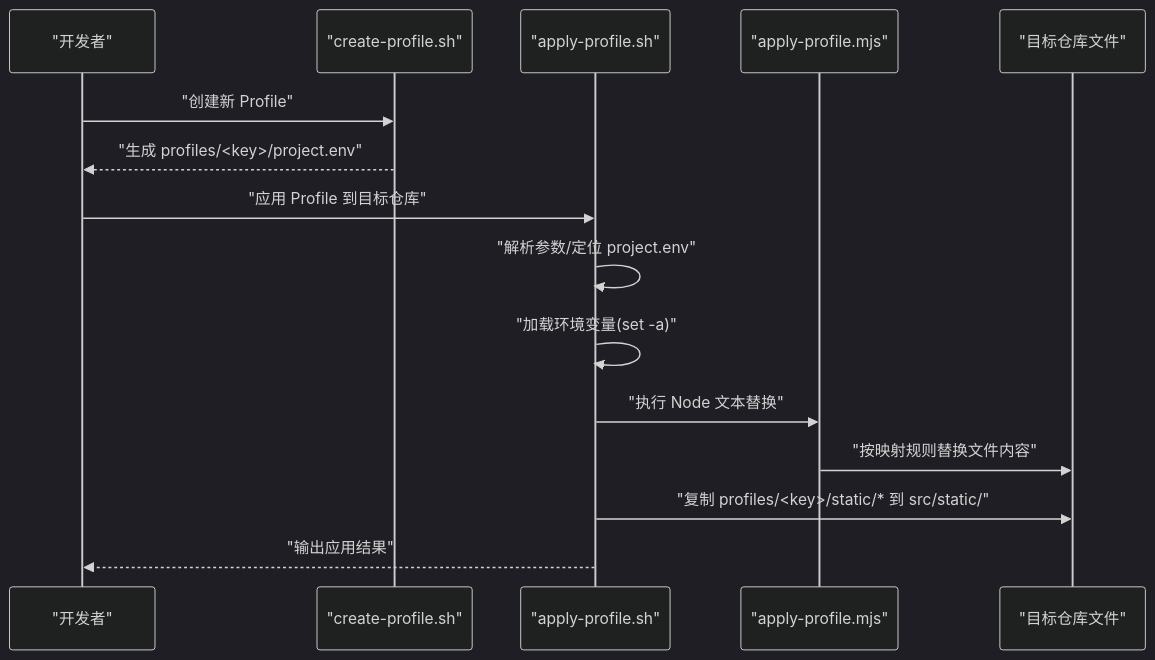
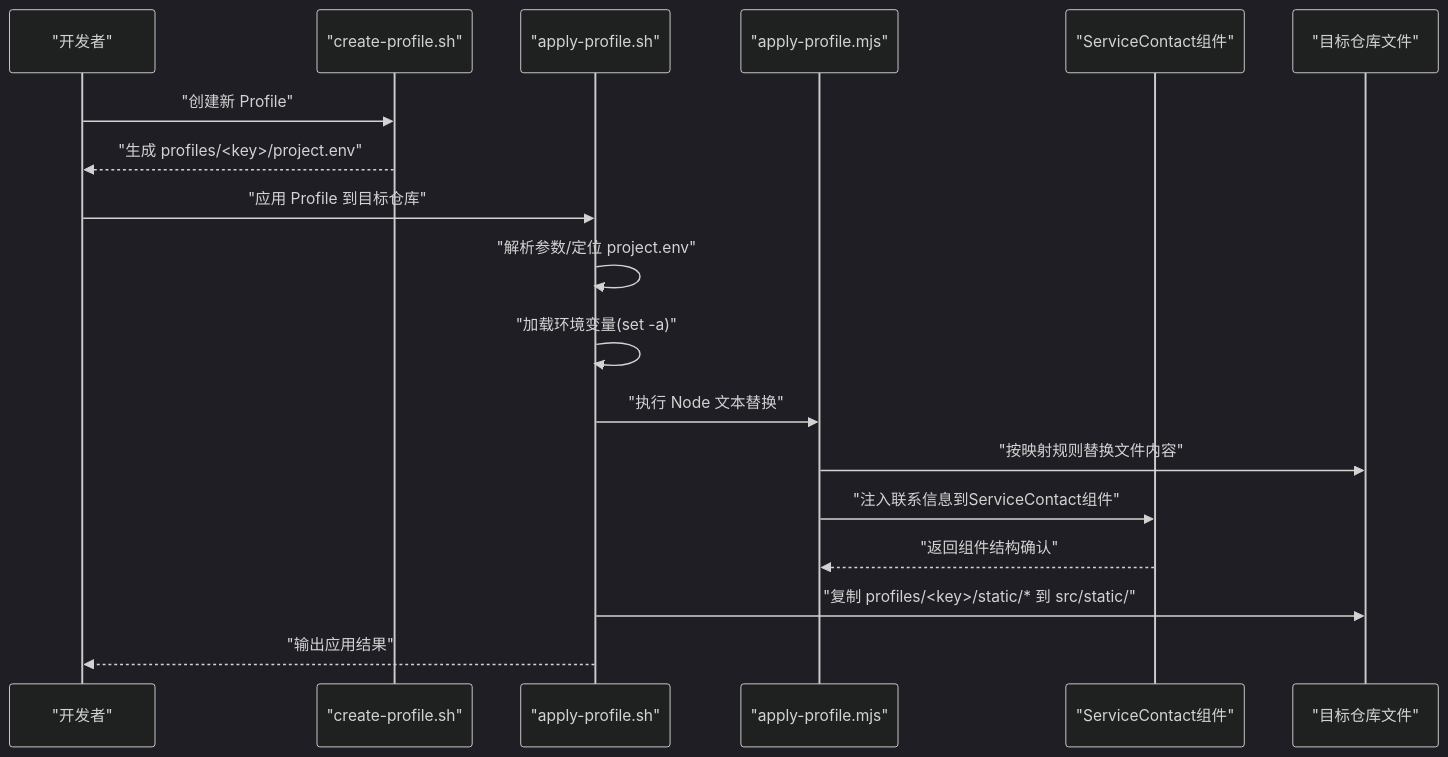
One commit to crazyma99/blueberry changed the second of 4 diagrams in .qoder/repowiki/zh/content/Profile配置系统/Profile应用流程.md. Above: the diagram before and after it, drawn with Mermaid (dark theme). The commit also changed other lines of this file and 14 other files, not shown here.

````diff
--- a/.qoder/repowiki/zh/content/Profile配置系统/Profile应用流程.md
+++ b/.qoder/repowiki/zh/content/Profile配置系统/Profile应用流程.md
@@ -120,17 +141,20 @@
 ```mermaid
 sequenceDiagram
 participant Dev as "开发者"
 participant CP as "create-profile.sh"
 participant AP as "apply-profile.sh"
 participant MJS as "apply-profile.mjs"
+participant SC as "ServiceContact组件"
 participant Repo as "目标仓库文件"
 Dev->>CP : "创建新 Profile"
 CP-->>Dev : "生成 profiles/<key>/project.env"
 Dev->>AP : "应用 Profile 到目标仓库"
 AP->>AP : "解析参数/定位 project.env"
 AP->>AP : "加载环境变量(set -a)"
 AP->>MJS : "执行 Node 文本替换"
 MJS->>Repo : "按映射规则替换文件内容"
+MJS->>SC : "注入联系信息到ServiceContact组件"
+SC-->>MJS : "返回组件结构确认"
 AP->>Repo : "复制 profiles/<key>/static/* 到 src/static/"
 AP-->>Dev : "输出应用结果"
 ```
````
